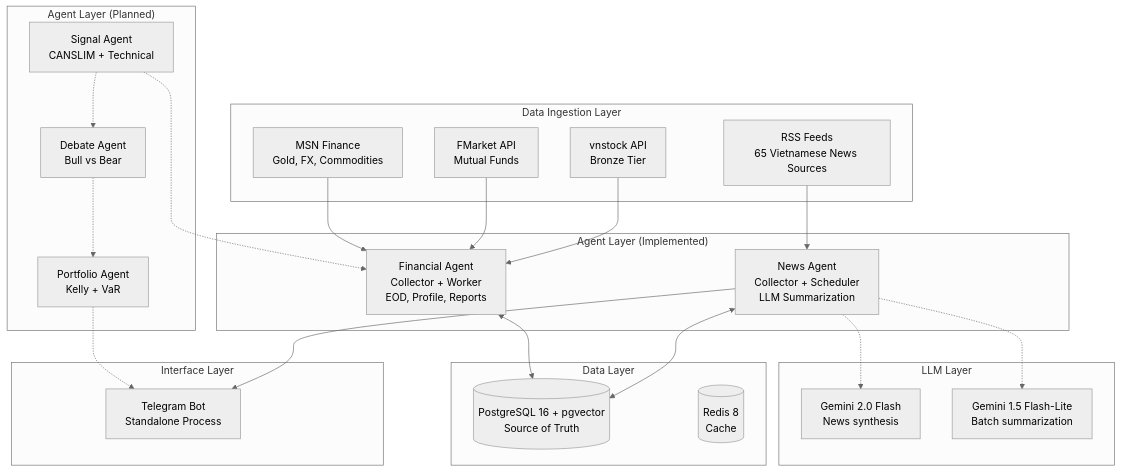
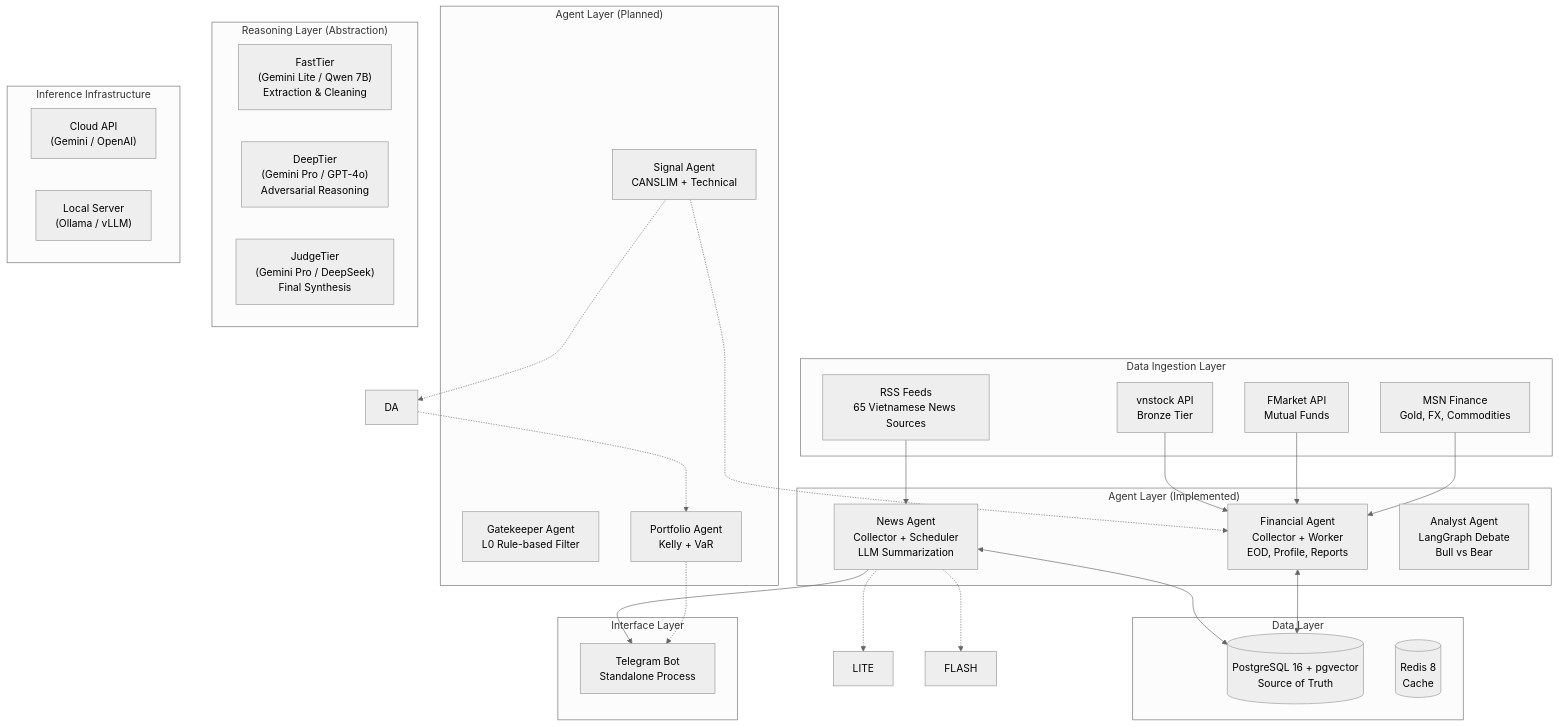
One commit to nqhuy44/xalpha-researcher changed the first of 2 diagrams in docs/ARCHITECTURE.md. Above: the diagram before and after it, drawn with Mermaid (neutral theme). The commit also changed other lines of this file and 61 other files, not shown here.

Commit message:
new agent system bull-bear-judge-referee to debate (#4)

````diff
--- a/docs/ARCHITECTURE.md
+++ b/docs/ARCHITECTURE.md
@@ -9,50 +19,57 @@
 ```mermaid
 graph TB
     subgraph "Data Ingestion Layer"
         VS[vnstock API<br/>Bronze Tier]
         RSS[RSS Feeds<br/>65 Vietnamese News Sources]
         FM[FMarket API<br/>Mutual Funds]
         MSN[MSN Finance<br/>Gold, FX, Commodities]
     end
 
     subgraph "Agent Layer (Implemented)"
         NA["News Agent<br/>Collector + Scheduler<br/>LLM Summarization"]
         FA["Financial Agent<br/>Collector + Worker<br/>EOD, Profile, Reports"]
+        AA["Analyst Agent<br/>LangGraph Debate<br/>Bull vs Bear"]
     end
 
     subgraph "Agent Layer (Planned)"
+        GK["Gatekeeper Agent<br/>L0 Rule-based Filter"]
         SA["Signal Agent<br/>CANSLIM + Technical"]
-        DA["Debate Agent<br/>Bull vs Bear"]
         PA["Portfolio Agent<br/>Kelly + VaR"]
     end
 
-    subgraph "LLM Layer"
-        FLASH["Gemini 2.0 Flash<br/>News synthesis"]
-        LITE["Gemini 1.5 Flash-Lite<br/>Batch summarization"]
+    subgraph "Reasoning Layer (Abstraction)"
+        FAST["FastTier<br/>(Gemini Lite / Qwen 7B)<br/>Extraction & Cleaning"]
+        DEEP["DeepTier<br/>(Gemini Pro / GPT-4o)<br/>Adversarial Reasoning"]
+        JUDGE["JudgeTier<br/>(Gemini Pro / DeepSeek)<br/>Final Synthesis"]
+    end
+
+    subgraph "Inference Infrastructure"
+        CLOUD["Cloud API<br/>(Gemini / OpenAI)"]
+        LOCAL["Local Server<br/>(Ollama / vLLM)"]
     end
 
     subgraph "Data Layer"
         PG[("PostgreSQL 16 + pgvector<br/>Source of Truth")]
         RD[("Redis 8<br/>Cache")]
     end
 
     subgraph "Interface Layer"
         TG["Telegram Bot<br/>Standalone Process"]
     end
 
     VS --> FA
     RSS --> NA
     FM --> FA
     MSN --> FA
 
     NA -.-> LITE
     NA -.-> FLASH
 
     NA & FA <--> PG
     NA --> TG
 
     SA -.-> FA
     SA -.-> DA
     DA -.-> PA
     PA -.-> TG
 ```
````
